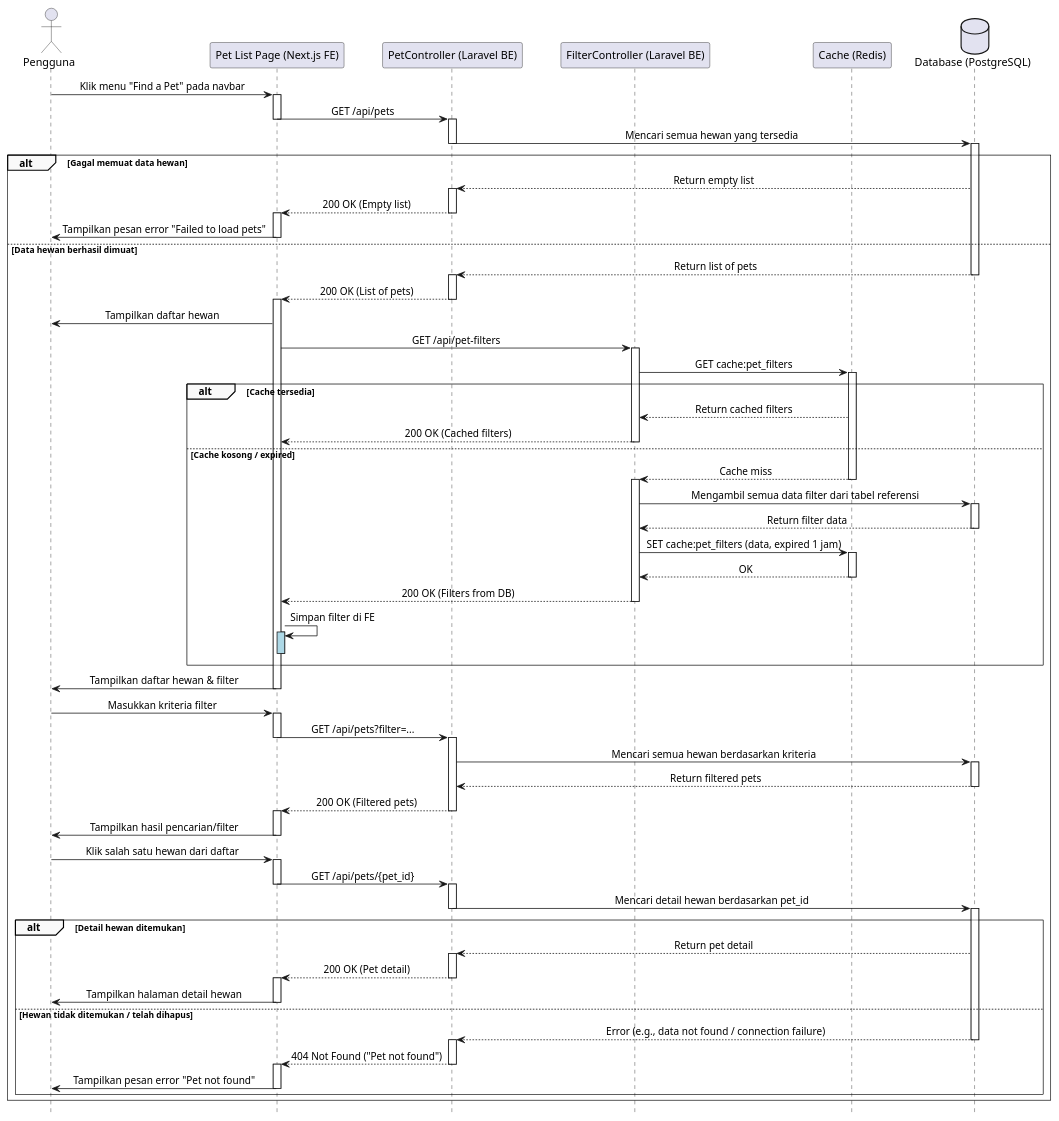
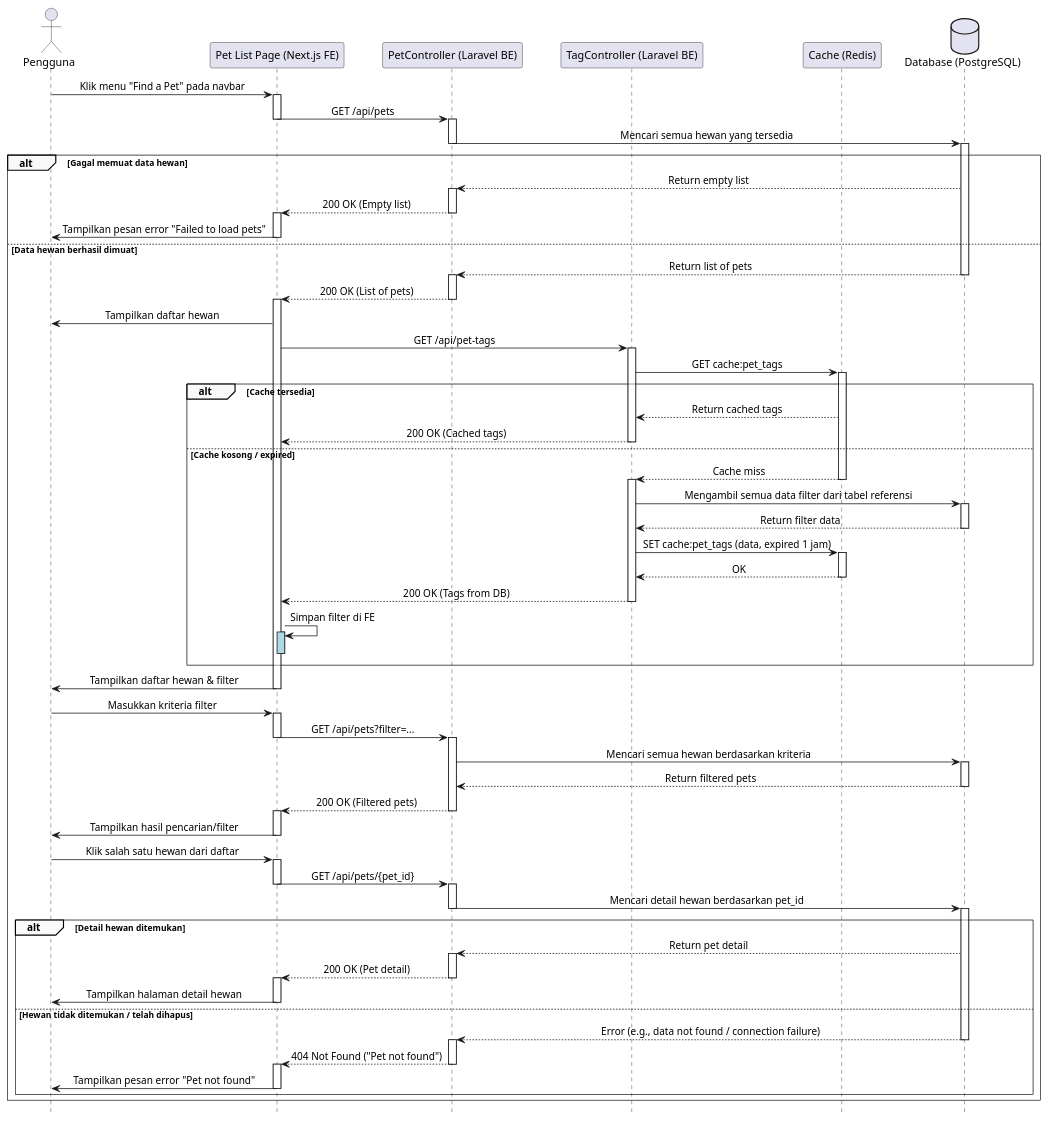
Before and after one commit to fadhel-rizanda/skripsi-plantuml: the diagram in sequence/MelihatHewan.plantuml, drawn with PlantUML. The commit also changed 27 other files, not shown here.

```diff
--- a/sequence/MelihatHewan.plantuml
+++ b/sequence/MelihatHewan.plantuml
@@ -1,131 +1,131 @@
 @startuml
 ' === Styling ===
 skinparam sequence {
     LifelineFooterStrategy none
     MessageAlign center
     ArrowThickness 1
     ParticipantPadding 20
     GroupBorderThickness 0.5
     GroupBackgroundColor #F9F9F9
 }
 hide footbox
 
 ' === Participants ===
 actor Pengguna
 participant "Pet List Page (Next.js FE)" as FE
 participant "PetController (Laravel BE)" as BE_Pet
-participant "FilterController (Laravel BE)" as BE_Filter
+participant "TagController (Laravel BE)" as BE_Filter
 participant "Cache (Redis)" as Redis
 database "Database (PostgreSQL)" as DB
 
 ' === Normal Flow: Melihat Daftar Hewan ===
 Pengguna -> FE: Klik menu "Find a Pet" pada navbar
 activate FE
 
 ' --- Paralel Request ---
     FE -> BE_Pet: GET /api/pets
     deactivate FE
     activate BE_Pet
     BE_Pet -> DB: Mencari semua hewan yang tersedia
     deactivate BE_Pet
     activate DB
 
     alt Gagal memuat data hewan
     DB --> BE_Pet: Return empty list
     activate BE_Pet
 
         BE_Pet --> FE: 200 OK (Empty list)
         deactivate BE_Pet
         activate FE
         FE -> Pengguna: Tampilkan pesan error "Failed to load pets"
         deactivate FE
     else Data hewan berhasil dimuat
         DB --> BE_Pet: Return list of pets
         deactivate DB
         activate BE_Pet
         BE_Pet --> FE: 200 OK (List of pets)
         deactivate BE_Pet
         activate FE
         FE -> Pengguna: Tampilkan daftar hewan
 
-    FE -> BE_Filter: GET /api/pet-filters
+    FE -> BE_Filter: GET /api/pet-tags
     activate BE_Filter
-    BE_Filter -> Redis: GET cache:pet_filters
+    BE_Filter -> Redis: GET cache:pet_tags
     activate Redis
 
     alt Cache tersedia
-        Redis --> BE_Filter: Return cached filters
-        BE_Filter --> FE: 200 OK (Cached filters)
+        Redis --> BE_Filter: Return cached tags
+        BE_Filter --> FE: 200 OK (Cached tags)
         deactivate BE_Filter
     else Cache kosong / expired
         Redis --> BE_Filter: Cache miss
         deactivate Redis
         activate BE_Filter
         BE_Filter -> DB: Mengambil semua data filter dari tabel referensi
         activate DB
         DB --> BE_Filter: Return filter data
         deactivate DB
-        BE_Filter -> Redis: SET cache:pet_filters (data, expired 1 jam)
+        BE_Filter -> Redis: SET cache:pet_tags (data, expired 1 jam)
         activate Redis
         Redis --> BE_Filter: OK
         deactivate Redis
-        BE_Filter --> FE: 200 OK (Filters from DB)
+        BE_Filter --> FE: 200 OK (Tags from DB)
         deactivate BE_Filter
     FE -> FE:Simpan filter di FE
     activate FE #LightBlue
     deactivate FE #LightBlue
 end
 
 activate FE
 FE -> Pengguna: Tampilkan daftar hewan & filter
 deactivate FE
 
 
 ' === Flow: Menggunakan Filter atau Pencarian ===
 Pengguna -> FE: Masukkan kriteria filter
 activate FE
 FE -> BE_Pet: GET /api/pets?filter=...
 deactivate FE
 activate BE_Pet
 BE_Pet -> DB: Mencari semua hewan berdasarkan kriteria
 activate DB
 DB --> BE_Pet: Return filtered pets
 deactivate DB
 BE_Pet --> FE: 200 OK (Filtered pets)
 deactivate BE_Pet
 activate FE
 FE -> Pengguna: Tampilkan hasil pencarian/filter
 deactivate FE
 
 
 ' === Flow: Melihat Detail Hewan ===
 Pengguna -> FE: Klik salah satu hewan dari daftar
 activate FE
 FE -> BE_Pet: GET /api/pets/{pet_id}
 deactivate FE
 activate BE_Pet
 BE_Pet -> DB: Mencari detail hewan berdasarkan pet_id
 deactivate BE_Pet
 activate DB
 
 alt Detail hewan ditemukan
     DB --> BE_Pet: Return pet detail
     activate BE_Pet
     BE_Pet --> FE: 200 OK (Pet detail)
     deactivate BE_Pet
     activate FE
     FE -> Pengguna: Tampilkan halaman detail hewan
     deactivate FE
 else Hewan tidak ditemukan / telah dihapus
     DB --> BE_Pet: Error (e.g., data not found / connection failure)
     deactivate DB
     activate BE_Pet
     BE_Pet --> FE: 404 Not Found ("Pet not found")
     deactivate BE_Pet
     activate FE
     FE -> Pengguna: Tampilkan pesan error "Pet not found"
     deactivate FE
 end
     end
 
 @enduml
```
